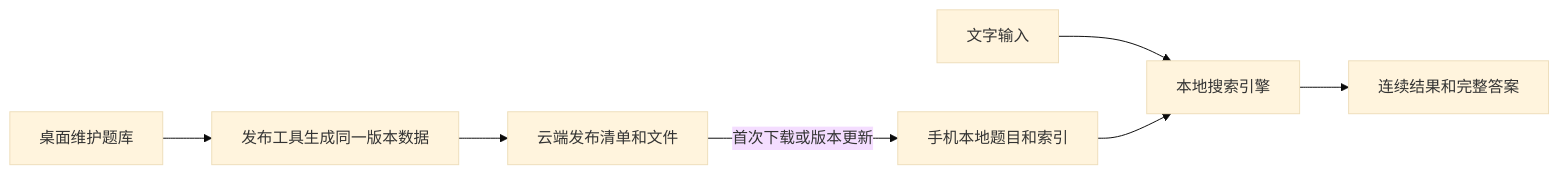
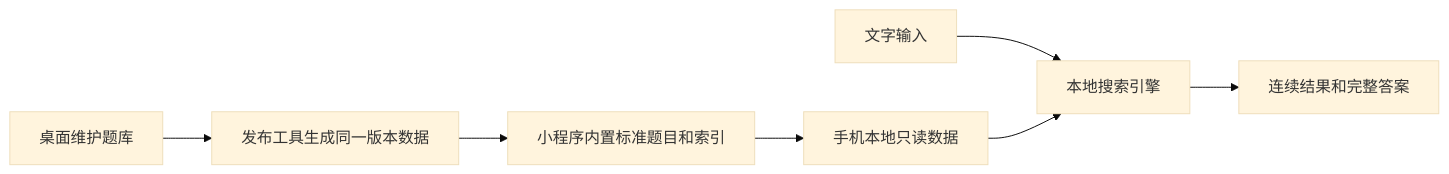
Before and after one commit to qingye0312-cpu/question-bank: the diagram in 微信小程序开发规划_文字搜题首版_待审核.md, drawn with Mermaid (base theme). The commit also changed other lines of this file and 27 other files, not shown here.

````diff
--- a/微信小程序开发规划_文字搜题首版_待审核.md
+++ b/微信小程序开发规划_文字搜题首版_待审核.md
@@ -66,9 +68,9 @@
 ```mermaid
 flowchart LR
     A[桌面维护题库] --> B[发布工具生成同一版本数据]
-    B --> C[云端发布清单和文件]
-    C -->|首次下载或版本更新| D[手机本地题目和索引]
+    B --> C[小程序内置标准题目和索引]
+    C --> D[手机本地只读数据]
     E[文字输入] --> F[本地搜索引擎]
     D --> F
     F --> G[连续结果和完整答案]
 ```
````
